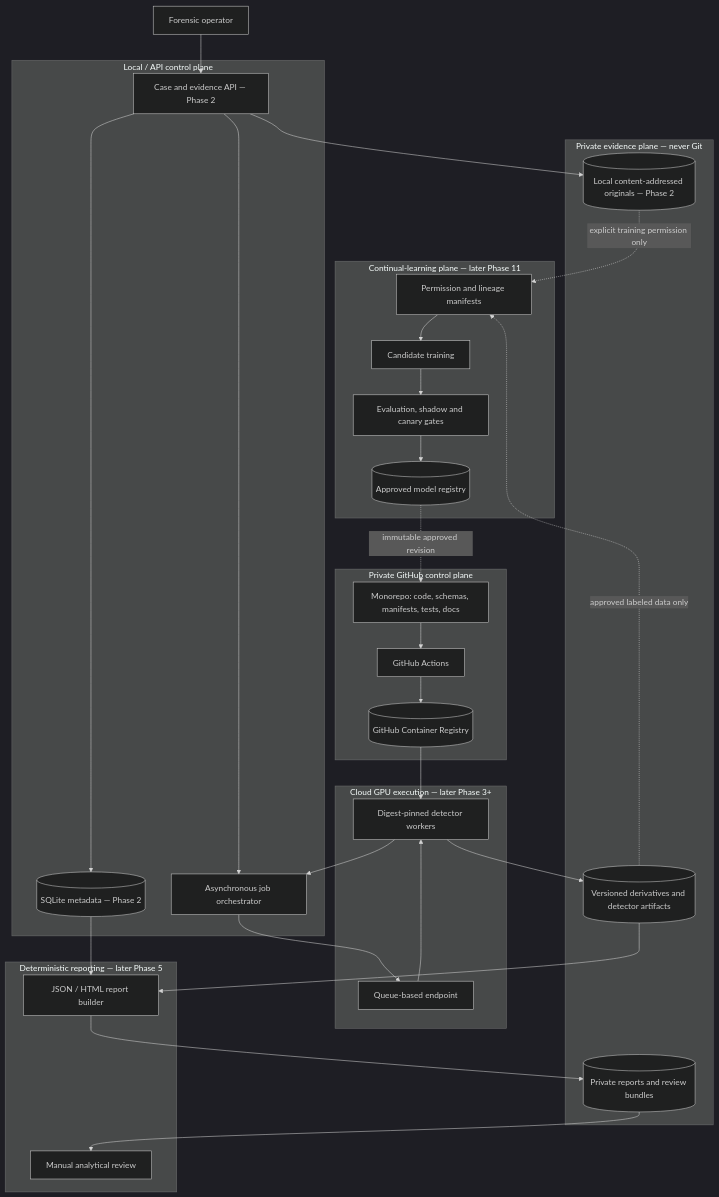
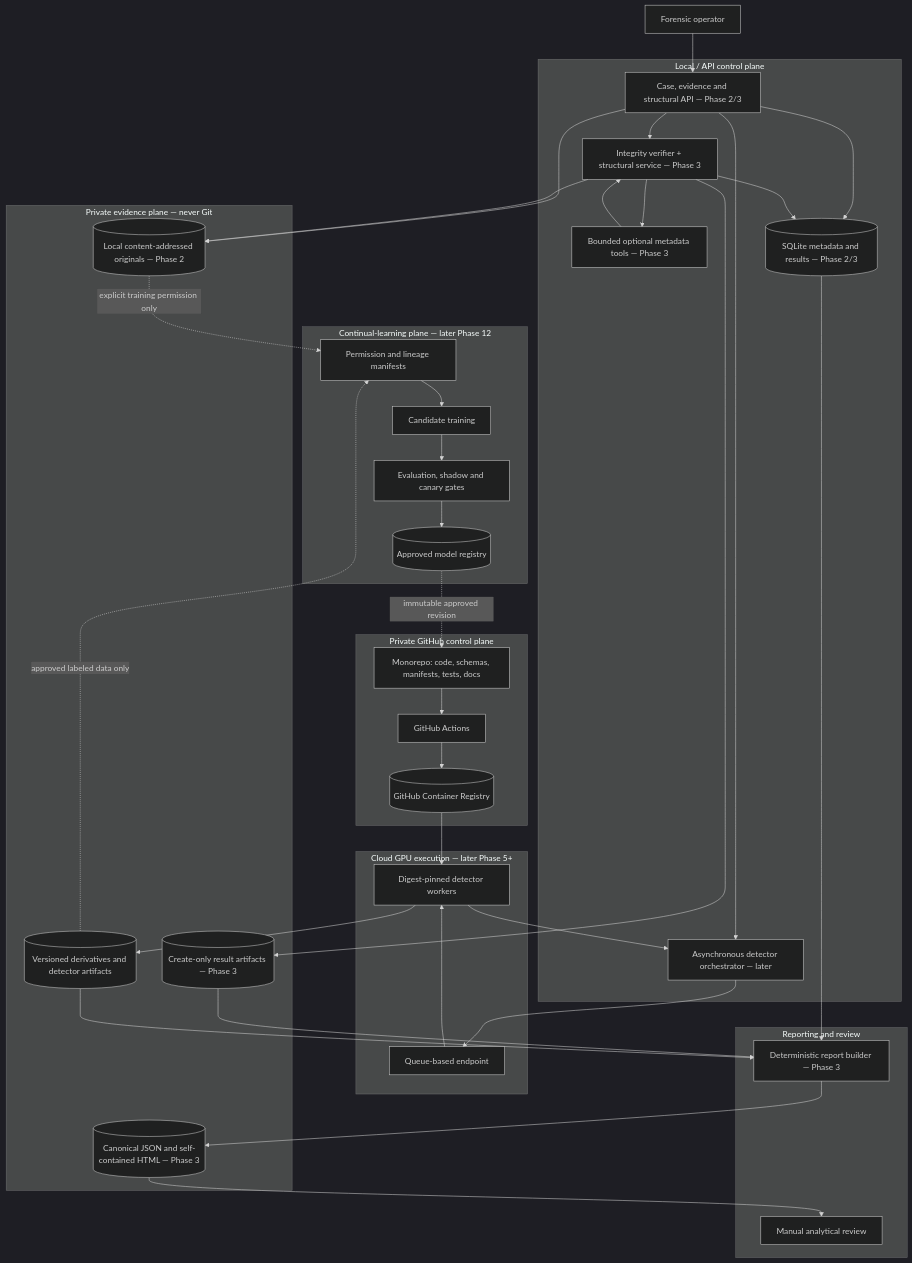
The first of 3 diagrams in docs/architecture/system-overview.md (aiforram1-stack/FInal-Boss-Detector), drawn with Mermaid (dark theme) before and after one commit. The commit also changed other lines of this file and 68 other files, not shown here.

Commit message:
feat(structural): add deterministic media analysis and reporting

````diff
--- a/docs/architecture/system-overview.md
+++ b/docs/architecture/system-overview.md
@@ -11,58 +12,69 @@
 ```mermaid
 flowchart TB
     User[Forensic operator]
 
     subgraph Local[Local / API control plane]
-        API[Case and evidence API — Phase 2]
-        Orchestrator[Asynchronous job orchestrator]
-        CaseDB[(SQLite metadata — Phase 2)]
+        API[Case, evidence and structural API — Phase 2/3]
+        Structural[Integrity verifier + structural service — Phase 3]
+        Tools[Bounded optional metadata tools — Phase 3]
+        Orchestrator[Asynchronous detector orchestrator — later]
+        CaseDB[(SQLite metadata and results — Phase 2/3)]
     end
 
     subgraph Private[Private evidence plane — never Git]
         Originals[(Local content-addressed originals — Phase 2)]
         Derivatives[(Versioned derivatives and detector artifacts)]
-        Reports[(Private reports and review bundles)]
+        Results[(Create-only result artifacts — Phase 3)]
+        Reports[(Canonical JSON and self-contained HTML — Phase 3)]
     end
 
     subgraph GitHub[Private GitHub control plane]
         Repo[Monorepo: code, schemas, manifests, tests, docs]
         Actions[GitHub Actions]
         GHCR[(GitHub Container Registry)]
     end
 
-    subgraph GPU[Cloud GPU execution — later Phase 3+]
+    subgraph GPU[Cloud GPU execution — later Phase 5+]
         Queue[Queue-based endpoint]
         Workers[Digest-pinned detector workers]
     end
 
-    subgraph Reporting[Deterministic reporting — later Phase 5]
-        Builder[JSON / HTML report builder]
+    subgraph Reporting[Reporting and review]
+        Builder[Deterministic report builder — Phase 3]
         Review[Manual analytical review]
     end
 
-    subgraph Learning[Continual-learning plane — later Phase 11]
+    subgraph Learning[Continual-learning plane — later Phase 12]
         Manifests[Permission and lineage manifests]
         Candidate[Candidate training]
         Eval[Evaluation, shadow and canary gates]
         Registry[(Approved model registry)]
     end
 
     User --> API
     API --> Originals
     API --> CaseDB
+    API --> Structural
+    Structural --> Originals
+    Structural --> Tools
+    Tools --> Structural
+    Structural --> CaseDB
+    Structural --> Results
+    CaseDB --> Builder
+    Results --> Builder
+    Builder --> Reports
     API --> Orchestrator
     Orchestrator --> Queue --> Workers
     Workers --> Derivatives
     Workers --> Orchestrator
-    CaseDB --> Builder
     Derivatives --> Builder
-    Builder --> Reports --> Review
+    Reports --> Review
 
     Repo --> Actions --> GHCR
     GHCR --> Workers
 
     Originals -. explicit training permission only .-> Manifests
     Derivatives -. approved labeled data only .-> Manifests
     Manifests --> Candidate --> Eval --> Registry
     Registry -. immutable approved revision .-> Repo
 ```
````
